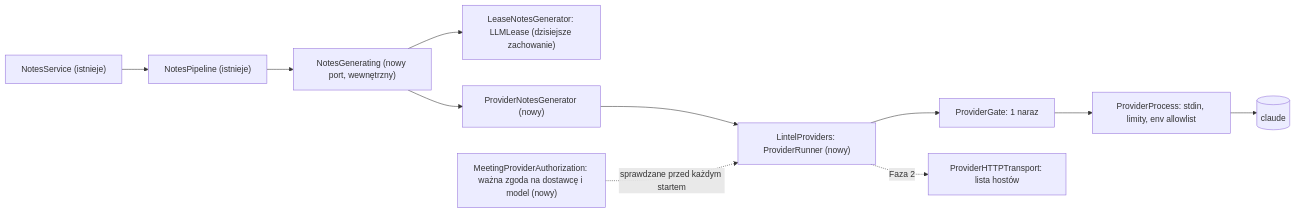
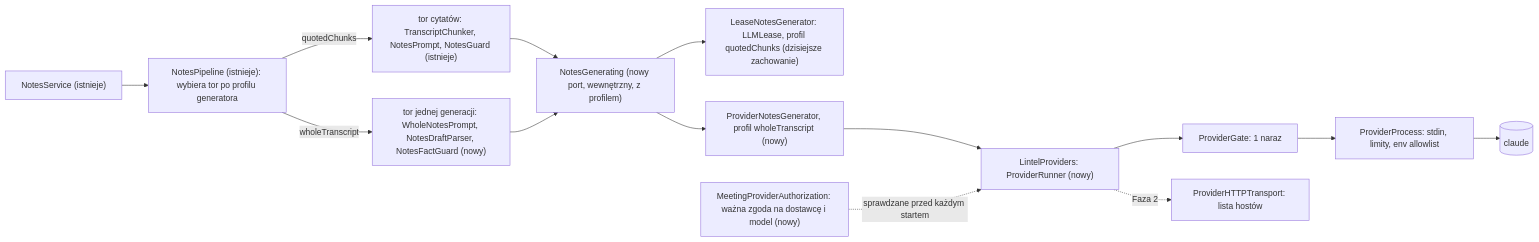
One commit to mjozefiak/Pounce changed the diagram in .ai/specs/2026-11-10-external-ai-providers.md. Above: the diagram before and after it, drawn with Mermaid. The commit also changed other lines of this file, not shown here.

First line of the commit message:
docs(specs): provider notes are one generation from the whole transcript (Q8 overturned)

````diff
--- a/.ai/specs/2026-11-10-external-ai-providers.md
+++ b/.ai/specs/2026-11-10-external-ai-providers.md
@@ -87,12 +98,15 @@
 ```mermaid
 flowchart LR
-  NS["NotesService (istnieje)"] --> NP["NotesPipeline (istnieje)"]
-  NP --> Port["NotesGenerating (nowy port, wewnętrzny)"]
-  Port --> Lease["LeaseNotesGenerator: LLMLease (dzisiejsze zachowanie)"]
-  Port --> PG["ProviderNotesGenerator (nowy)"]
+  NS["NotesService (istnieje)"] --> NP["NotesPipeline (istnieje): wybiera tor po profilu generatora"]
+  NP -- "quotedChunks" --> Q["tor cytatów: TranscriptChunker, NotesPrompt, NotesGuard (istnieje)"]
+  NP -- "wholeTranscript" --> W["tor jednej generacji: WholeNotesPrompt, NotesDraftParser, NotesFactGuard (nowy)"]
+  Q --> Port["NotesGenerating (nowy port, wewnętrzny, z profilem)"]
+  W --> Port
+  Port --> Lease["LeaseNotesGenerator: LLMLease, profil quotedChunks (dzisiejsze zachowanie)"]
+  Port --> PG["ProviderNotesGenerator, profil wholeTranscript (nowy)"]
   PG --> Run["LintelProviders: ProviderRunner (nowy)"]
   Auth["MeetingProviderAuthorization: ważna zgoda na dostawcę i model (nowy)"] -.sprawdzane przed każdym startem.-> Run
   Run --> Gate["ProviderGate: 1 naraz"] --> Proc["ProviderProcess: stdin, limity, env allowlist"]
   Proc --> CLI[(claude)]
   Run -. Faza 2 .-> HTTP["ProviderHTTPTransport: lista hostów"]
 ```
````
